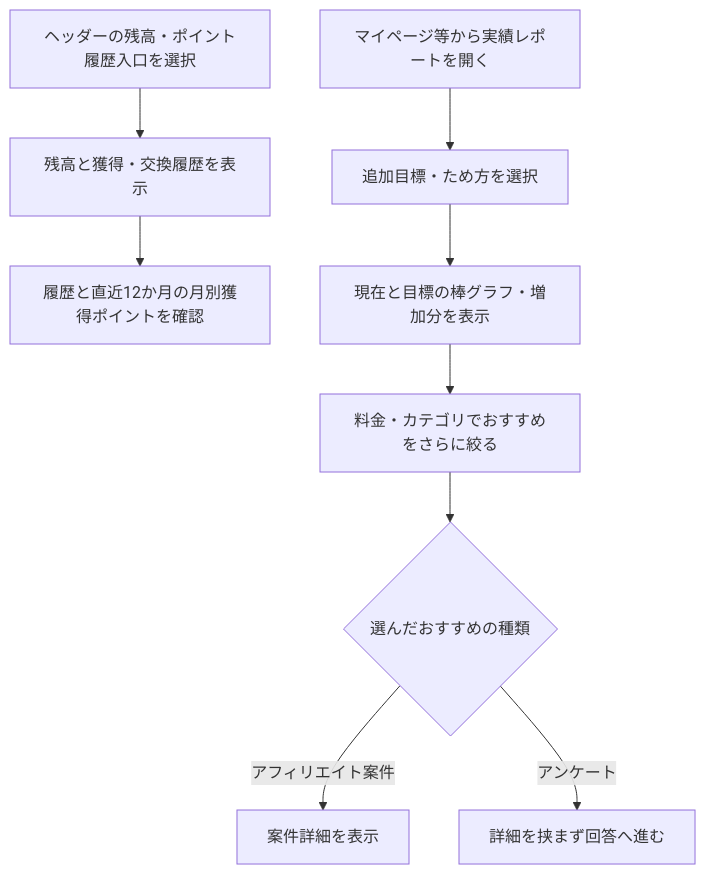
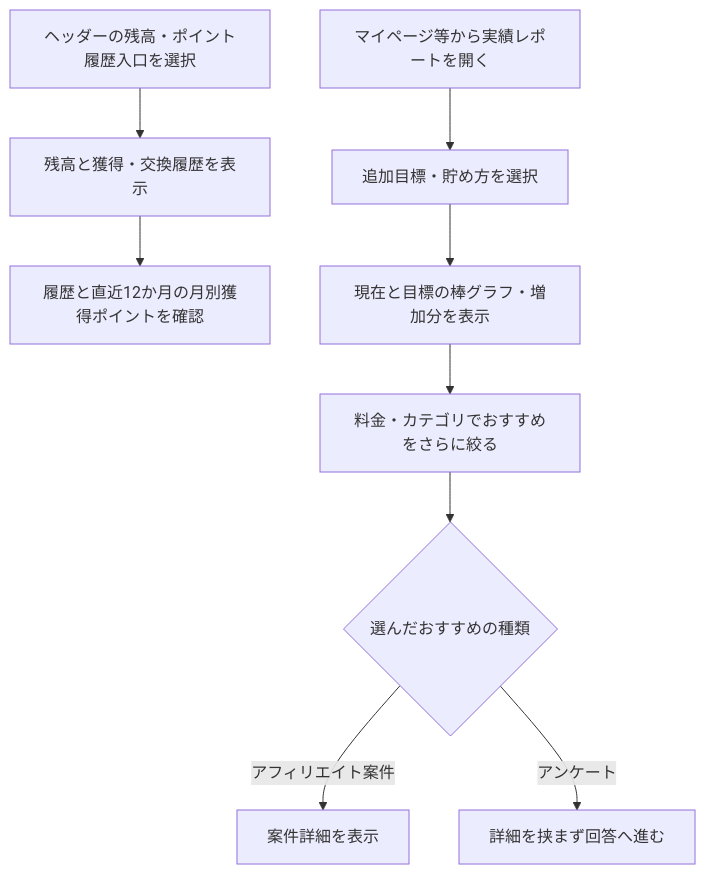
The diagram in docs/prd/features/F12-points.md (Min-Thu-Khant/pochipo-mock-en), drawn with Mermaid before and after one commit. The commit also changed other lines of this file and 53 other files, not shown here.

````diff
--- a/docs/prd/features/F12-points.md
+++ b/docs/prd/features/F12-points.md
@@ -65,11 +67,11 @@
 ```mermaid
 flowchart TD
   A["ヘッダーの残高・ポイント履歴入口を選択"] --> B["残高と獲得・交換履歴を表示"]
   B --> C["履歴と直近12か月の月別獲得ポイントを確認"]
-  D["マイページ等から実績レポートを開く"] --> E["追加目標・ため方を選択"]
+  D["マイページ等から実績レポートを開く"] --> E["追加目標・貯め方を選択"]
   E --> F["現在と目標の棒グラフ・増加分を表示"]
   F --> G["料金・カテゴリでおすすめをさらに絞る"]
   G --> H{"選んだおすすめの種類"}
   H -->|アフィリエイト案件| I["案件詳細を表示"]
   H -->|アンケート| J["詳細を挟まず回答へ進む"]
 ```
````
